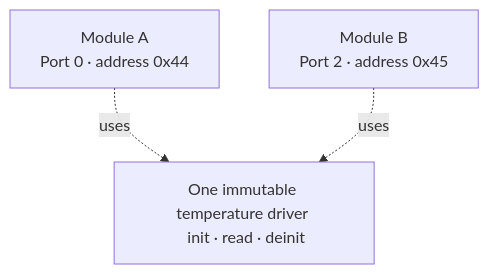
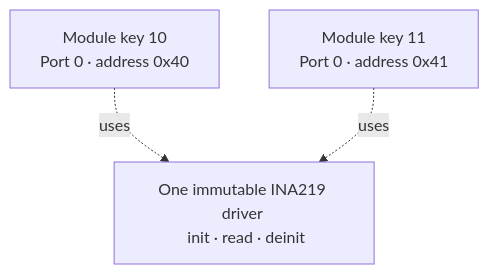
One commit to andreapiccini/SpaghettiLAB changed the seventh of 18 diagrams in Firmware/core/ARCHITECTURE.md. Above: the diagram before and after it, drawn with Mermaid. The commit also changed other lines of this file and 62 other files, not shown here.

Commit message:
refactor to support for 1:N module in the same port

````diff
--- a/Firmware/core/ARCHITECTURE.md
+++ b/Firmware/core/ARCHITECTURE.md
@@ -231,9 +242,9 @@
 ```mermaid
 flowchart TB
-    D["One immutable temperature driver <br/> init · read · deinit"]
-    M0["Module A <br/> Port 0 · address 0x44"]
-    M1["Module B <br/> Port 2 · address 0x45"]
+    D["One immutable INA219 driver <br/> init · read · deinit"]
+    M0["Module key 10 <br/> Port 0 · address 0x40"]
+    M1["Module key 11 <br/> Port 0 · address 0x41"]
 
     M0 -. "uses" .-> D
     M1 -. "uses" .-> D
 ```
````
